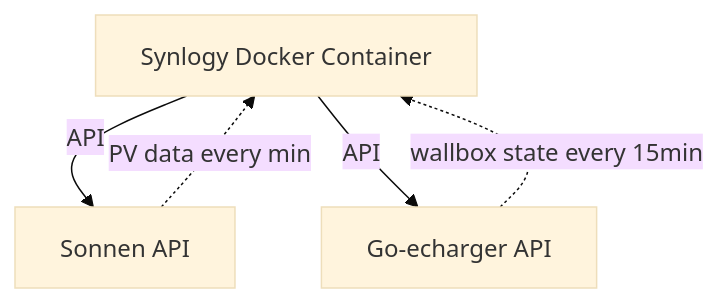
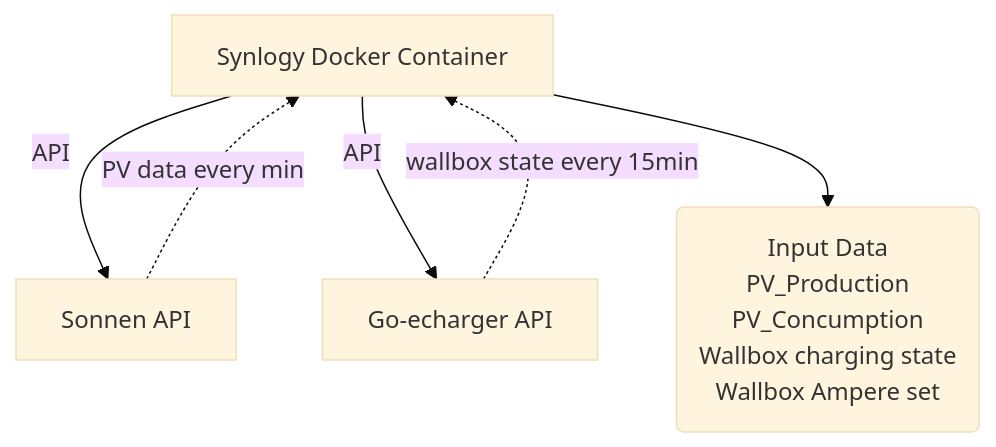
One commit to schwabenschulle/pvcharger changed the diagram in README.md. Above: the diagram before and after it, drawn with Mermaid (base theme).

````diff
--- a/README.md
+++ b/README.md
@@ -22,7 +22,12 @@
 ```mermaid
 graph TD
 A[Synlogy Docker Container] -->|API| B[Sonnen API]
 B[Sonnen API] -.->|PV data every min| A[Synlogy Docker Container]
 A[Synlogy Docker Container] -->|API| C[Go-echarger API]
 C[Go-echarger API] -.->|wallbox state every 15min| A[Synlogy Docker Container]
+A[Synlogy Docker Container] -->D("Input Data
+                PV_Production
+                PV_Concumption
+                Wallbox charging state
+                Wallbox Ampere set")
 ```
````
